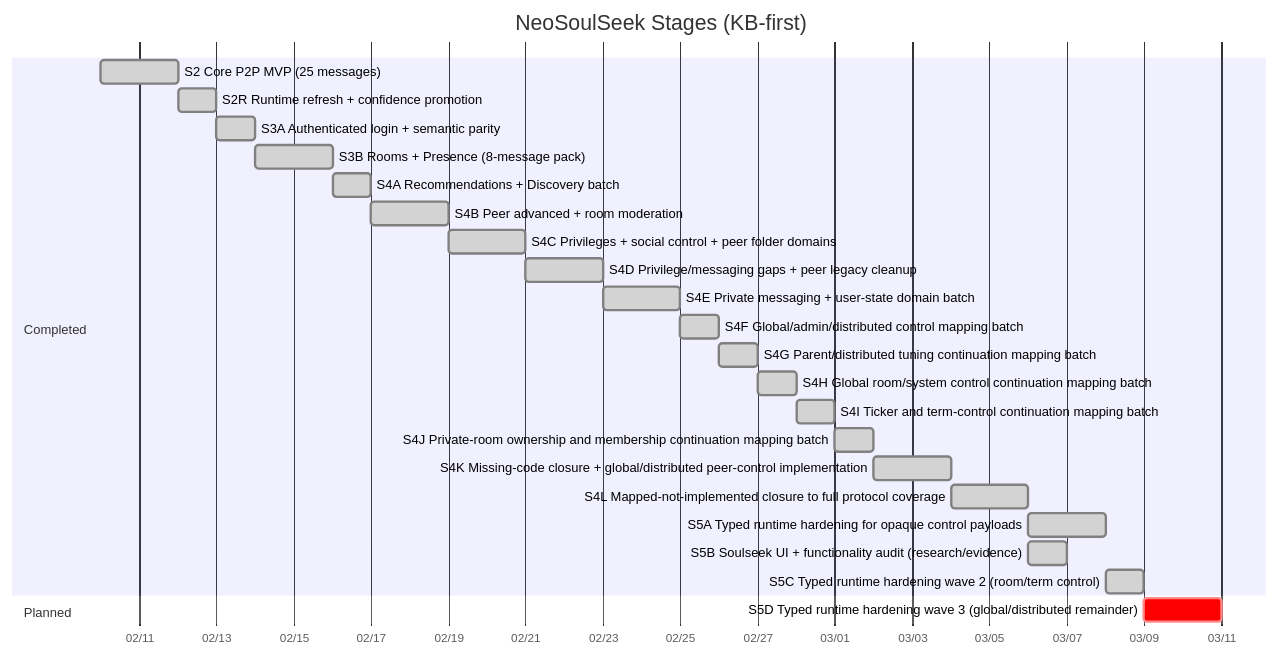
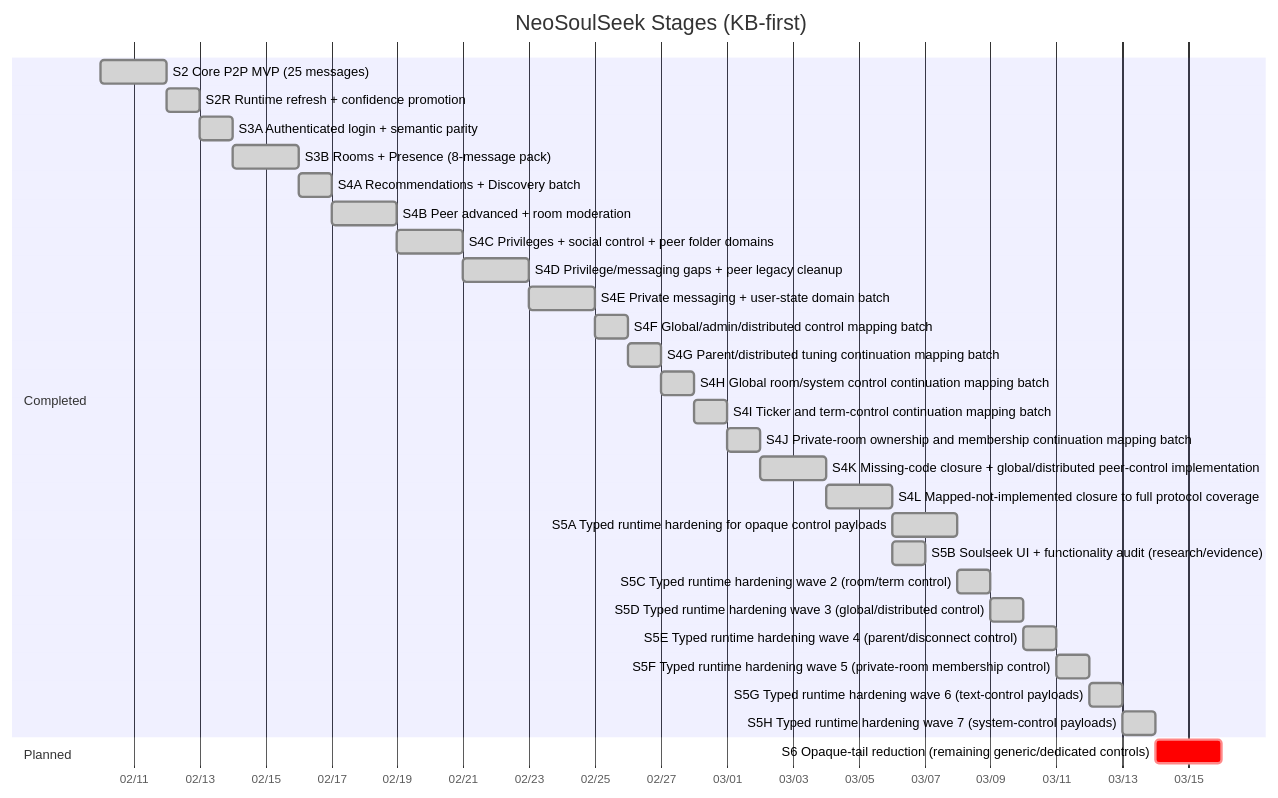
Before and after one commit to fedejinich/nss: the first of 5 diagrams in docs/state/roadmap.md, drawn with Mermaid. The commit also changed other lines of this file and 50 other files, not shown here.

Commit message:
s5d-s5h: promote control payloads from opaque to typed with runtime evidence

````diff
--- a/docs/state/roadmap.md
+++ b/docs/state/roadmap.md
@@ -9,28 +9,33 @@
 ```mermaid
 gantt
     title NeoSoulSeek Stages (KB-first)
     dateFormat  YYYY-MM-DD
     axisFormat  %m/%d
     section Completed
     S2 Core P2P MVP (25 messages) :done, s2, 2026-02-10, 2d
     S2R Runtime refresh + confidence promotion :done, s2r, after s2, 1d
     S3A Authenticated login + semantic parity :done, s3a, after s2r, 1d
     S3B Rooms + Presence (8-message pack) :done, s3b, 2026-02-14, 2d
     S4A Recommendations + Discovery batch :done, s4a, after s3b, 1d
     S4B Peer advanced + room moderation :done, s4b, after s4a, 2d
     S4C Privileges + social control + peer folder domains :done, s4c, after s4b, 2d
     S4D Privilege/messaging gaps + peer legacy cleanup :done, s4d, after s4c, 2d
     S4E Private messaging + user-state domain batch :done, s4e, after s4d, 2d
     S4F Global/admin/distributed control mapping batch :done, s4f, after s4e, 1d
     S4G Parent/distributed tuning continuation mapping batch :done, s4g, after s4f, 1d
     S4H Global room/system control continuation mapping batch :done, s4h, after s4g, 1d
     S4I Ticker and term-control continuation mapping batch :done, s4i, after s4h, 1d
     S4J Private-room ownership and membership continuation mapping batch :done, s4j, after s4i, 1d
     S4K Missing-code closure + global/distributed peer-control implementation :done, s4k, after s4j, 2d
     S4L Mapped-not-implemented closure to full protocol coverage :done, s4l, after s4k, 2d
     S5A Typed runtime hardening for opaque control payloads :done, s5a, after s4l, 2d
     S5B Soulseek UI + functionality audit (research/evidence) :done, s5b, after s4l, 1d
     S5C Typed runtime hardening wave 2 (room/term control) :done, s5c, after s5a, 1d
+    S5D Typed runtime hardening wave 3 (global/distributed control) :done, s5d, after s5c, 1d
+    S5E Typed runtime hardening wave 4 (parent/disconnect control) :done, s5e, after s5d, 1d
+    S5F Typed runtime hardening wave 5 (private-room membership control) :done, s5f, after s5e, 1d
+    S5G Typed runtime hardening wave 6 (text-control payloads) :done, s5g, after s5f, 1d
+    S5H Typed runtime hardening wave 7 (system-control payloads) :done, s5h, after s5g, 1d
     section Planned
-    S5D Typed runtime hardening wave 3 (global/distributed remainder) :crit, s5d, after s5c, 2d
+    S6 Opaque-tail reduction (remaining generic/dedicated controls) :crit, s6, after s5h, 2d
 ```
````
